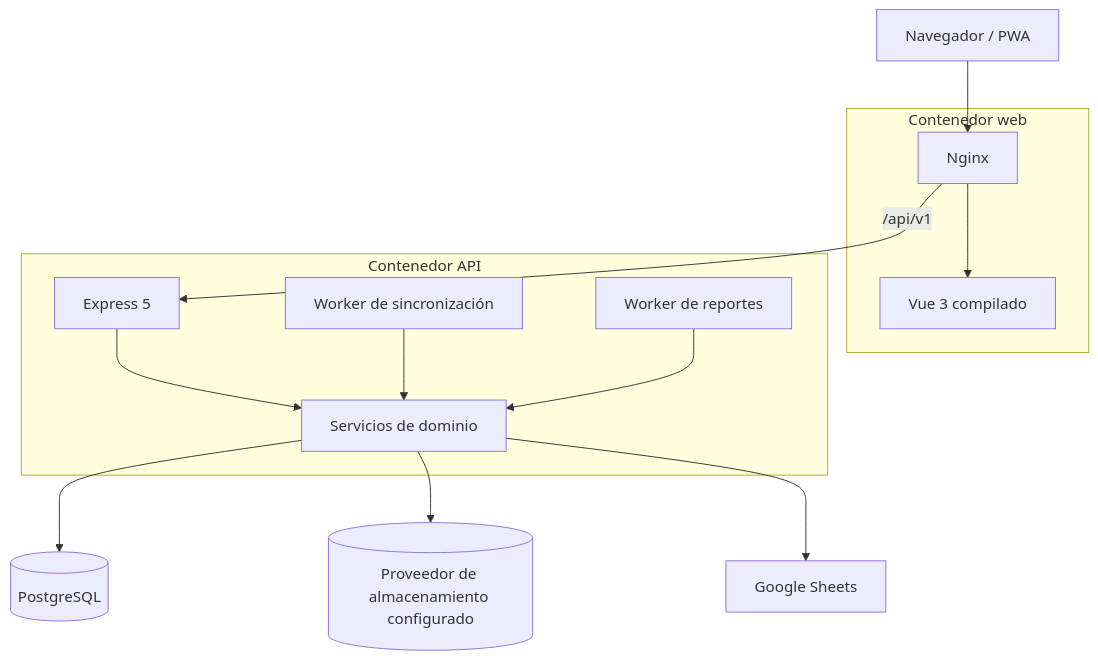
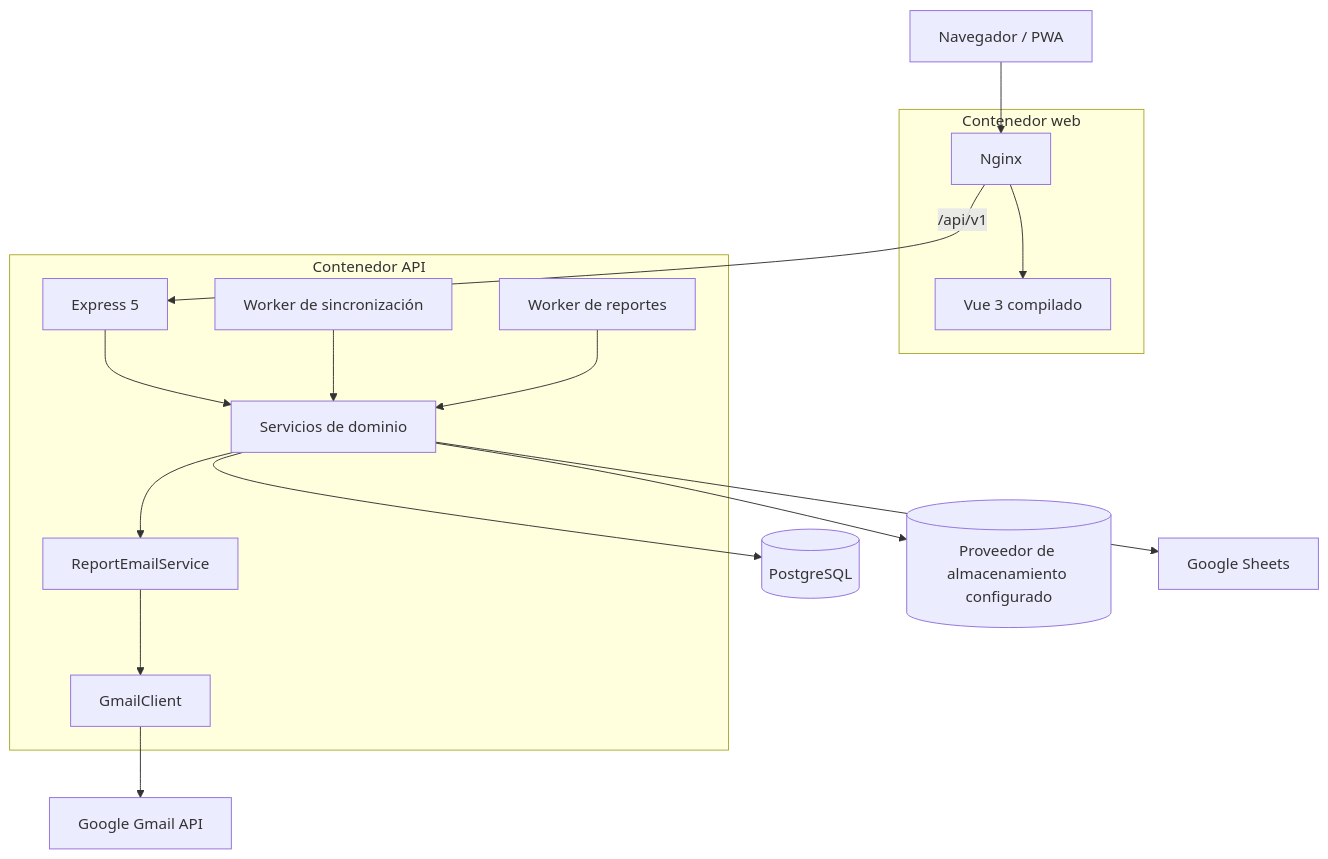
One commit to luistorres-idt/puk changed the second of 3 diagrams in docs/technical/architecture.md. Above: the diagram before and after it, drawn with Mermaid. The commit also changed other lines of this file and 4 other files, not shown here.

Commit message:
docs: show Gmail in architecture diagrams

````diff
--- a/docs/technical/architecture.md
+++ b/docs/technical/architecture.md
@@ -25,26 +25,31 @@
 ```mermaid
 flowchart TB
     Browser[Navegador / PWA]
 
     subgraph WebContainer[Contenedor web]
         Nginx[Nginx]
         Static[Vue 3 compilado]
         Nginx --> Static
     end
 
     subgraph ApiContainer[Contenedor API]
         Express[Express 5]
         Domain[Servicios de dominio]
         SyncWorker[Worker de sincronización]
         ReportWorker[Worker de reportes]
+        MailService[ReportEmailService]
+        GmailAdapter[GmailClient]
         Express --> Domain
         SyncWorker --> Domain
         ReportWorker --> Domain
+        Domain --> MailService
+        MailService --> GmailAdapter
     end
 
     Browser --> Nginx
     Nginx -->|/api/v1| Express
     Domain --> Postgres[(PostgreSQL)]
     Domain --> ObjectStore[(Proveedor de almacenamiento configurado)]
     Domain --> Google[Google Sheets]
+    GmailAdapter --> Gmail[Google Gmail API]
 ```
````
